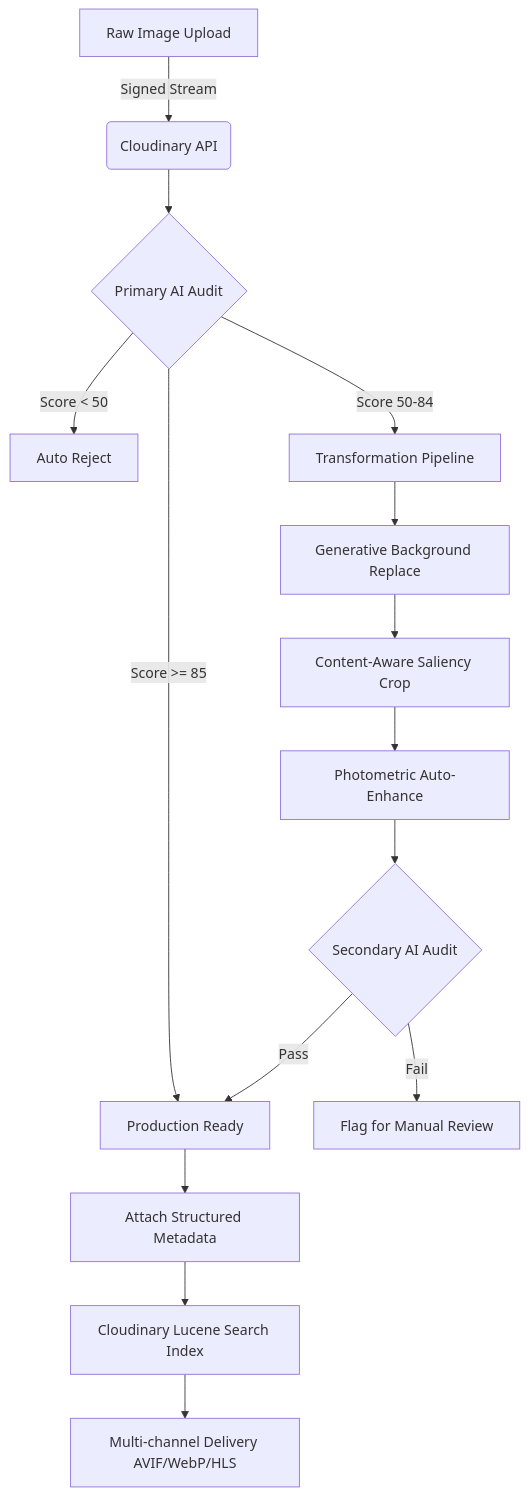
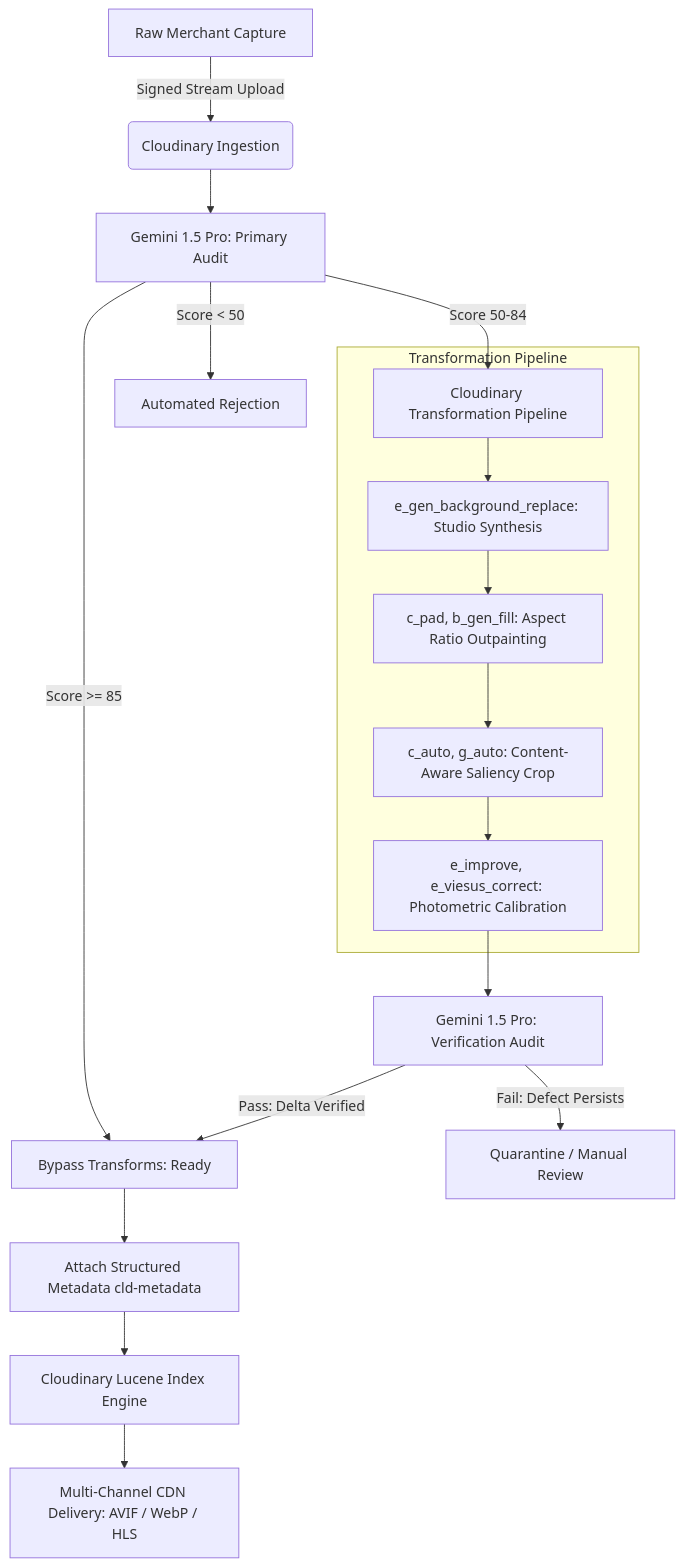
One commit to HackIndiaXYZ/pixels-to-products-cloudinary-ai-hackathon-2026-narcos changed the diagram in README.md. Above: the diagram before and after it, drawn with Mermaid. The commit also changed other lines of this file, not shown here.

````diff
--- a/README.md
+++ b/README.md
@@ -15,20 +46,23 @@
 ```mermaid
 graph TD
-    A[Raw Image Upload] -->|Signed Stream| B(Cloudinary API)
-    B --> C{Primary AI Audit}
-    C -->|Score >= 85| D[Production Ready]
-    C -->|Score < 50| E[Auto Reject]
-    C -->|Score 50-84| F[Transformation Pipeline]
+    A[Raw Merchant Capture] -->|Signed Stream Upload| B(Cloudinary Ingestion)
+    B --> C[Gemini 1.5 Pro: Primary Audit]
+    C -->|Score >= 85| D[Bypass Transforms: Ready]
+    C -->|Score < 50| E[Automated Rejection]
+    C -->|Score 50-84| F[Cloudinary Transformation Pipeline]
 
-    F --> G[Generative Background Replace]
-    G --> H[Content-Aware Saliency Crop]
-    H --> I[Photometric Auto-Enhance]
-    I --> J{Secondary AI Audit}
+    subgraph Transformation Pipeline
+        F --> G[e_gen_background_replace: Studio Synthesis]
+        G --> H[c_pad, b_gen_fill: Aspect Ratio Outpainting]
+        H --> I[c_auto, g_auto: Content-Aware Saliency Crop]
+        I --> J[e_improve, e_viesus_correct: Photometric Calibration]
+    end
 
-    J -->|Pass| D
-    J -->|Fail| K[Flag for Manual Review]
+    J --> K[Gemini 1.5 Pro: Verification Audit]
+    K -->|Pass: Delta Verified| D
+    K -->|Fail: Defect Persists| L[Quarantine / Manual Review]
 
-    D --> L[Attach Structured Metadata]
-    L --> M[Cloudinary Lucene Search Index]
-    M --> N[Multi-channel Delivery AVIF/WebP/HLS]
+    D --> M[Attach Structured Metadata cld-metadata]
+    M --> N[Cloudinary Lucene Index Engine]
+    N --> O[Multi-Channel CDN Delivery: AVIF / WebP / HLS]
 ```
````
